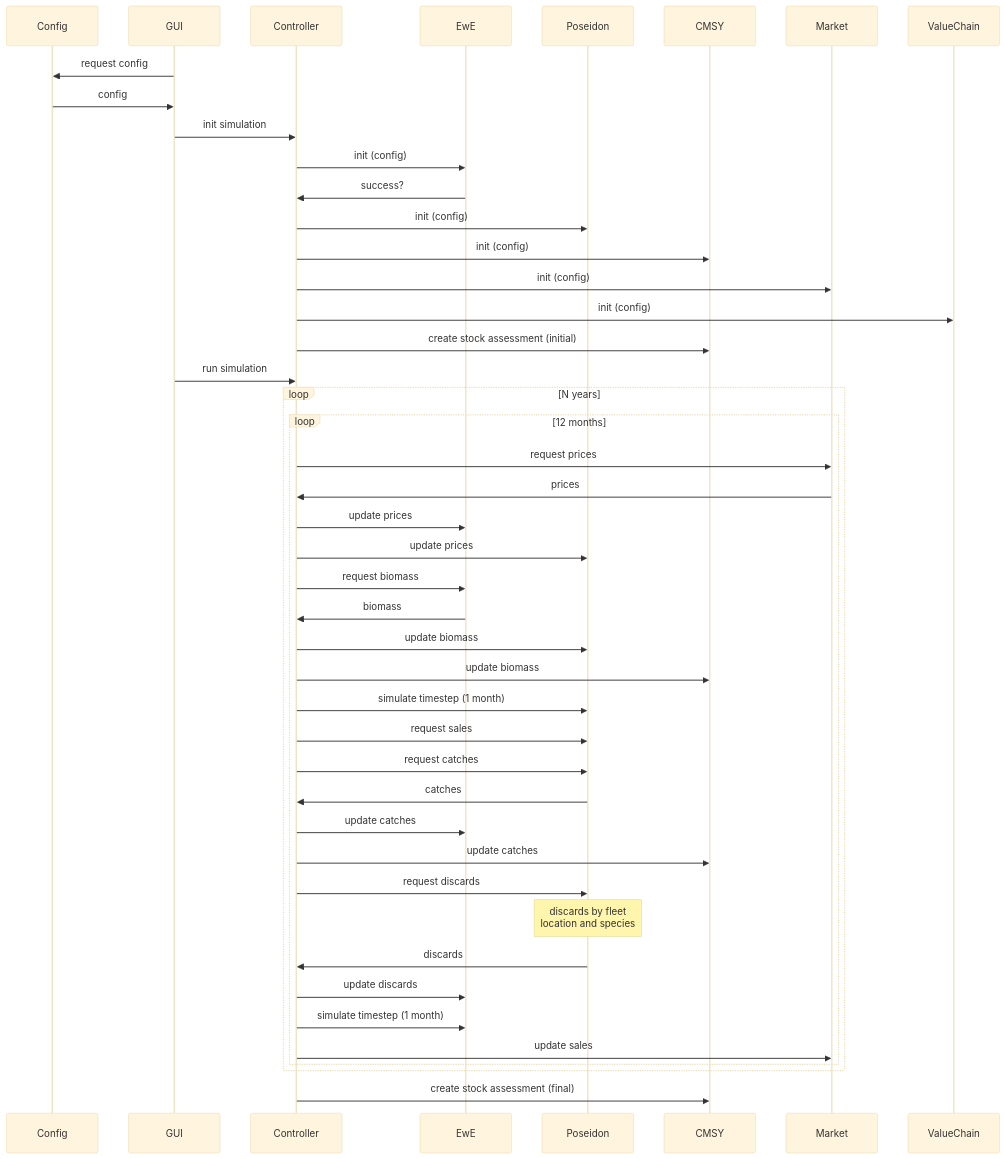
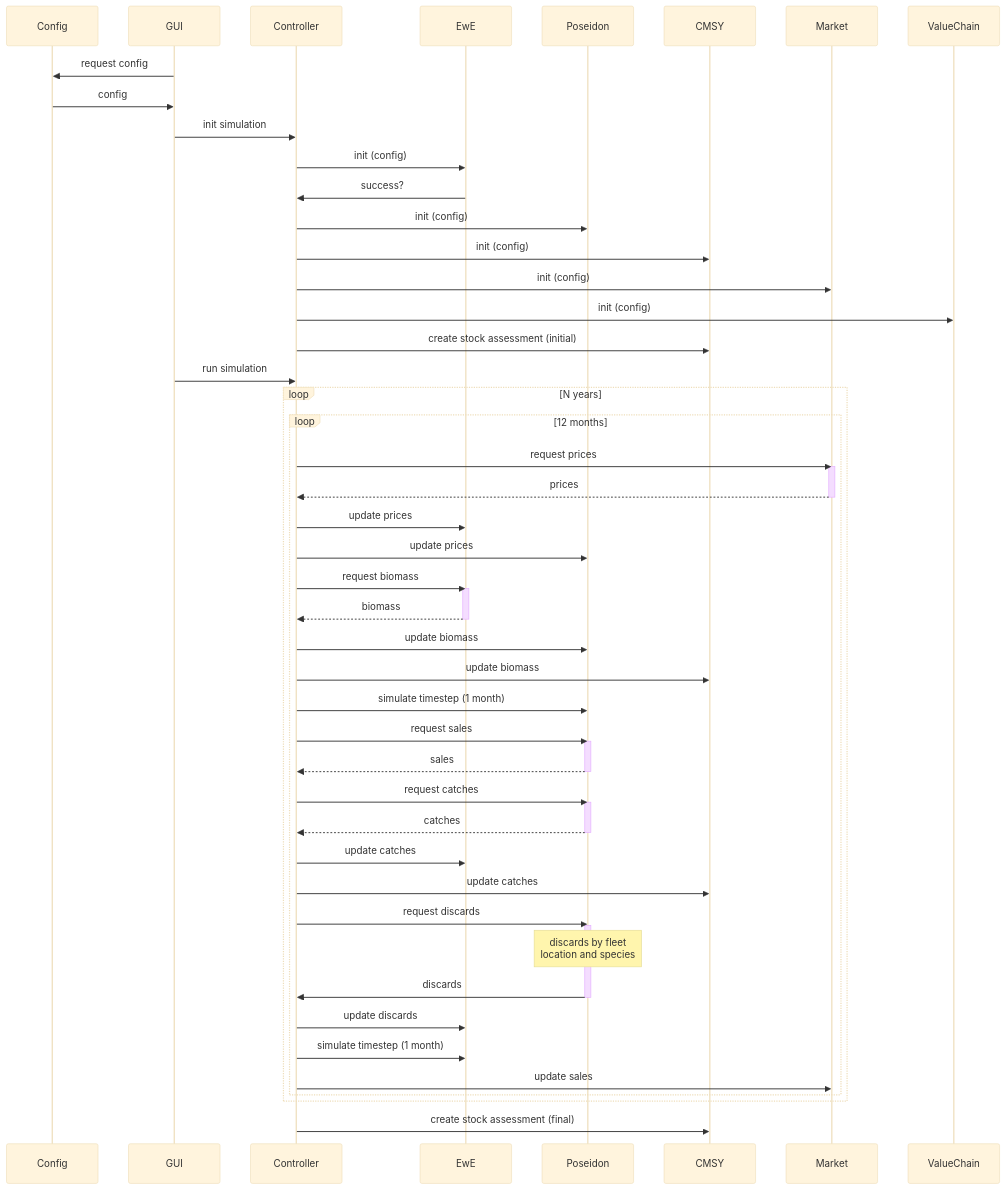
One commit to SURIMI-Project/SURIMI-project changed the diagram in SequenceDiagram.md. Above: the diagram before and after it, drawn with Mermaid (base theme).

````diff
--- a/SequenceDiagram.md
+++ b/SequenceDiagram.md
@@ -3,58 +3,69 @@
 ```mermaid
 
  sequenceDiagram
 
     participant Config
     participant GUI
     participant Controller
     participant EwE
     participant Poseidon
     participant CMSY
     participant Market
     participant ValueChain
 
     %% Initialization %%
     %% this is the init %%
     GUI ->> Config: request config
     Config ->> GUI: config
     GUI ->> Controller: init simulation
 
     Controller ->> EwE: init (config)
     EwE ->> Controller: success?
     Controller ->> Poseidon: init (config)
     Controller ->> CMSY: init (config)
     Controller ->> Market: init (config)
     Controller ->> ValueChain: init (config)
 
     Controller ->> CMSY: create stock assessment (initial)
 
     %% Simulation %%
     %% starting the simulation %%
     GUI ->> Controller: run simulation
 
     loop N years
         loop 12 months
             Controller ->> Market: request prices
-            Market ->> Controller: prices
+            activate Market
+            Market -->> Controller: prices
+            deactivate Market
             Controller ->> EwE: update prices
             Controller ->> Poseidon: update prices
             Controller ->> EwE: request biomass
-            EwE ->> Controller: biomass
+            activate EwE
+            EwE -->> Controller: biomass
+            deactivate EwE
             Controller ->> Poseidon: update biomass
             Controller ->> CMSY: update biomass
             Controller ->> Poseidon: simulate timestep (1 month)
             Controller ->> Poseidon: request sales
+            activate Poseidon
+            Poseidon -->> Controller: sales
+            deactivate Poseidon
             Controller ->> Poseidon: request catches
-            Poseidon ->> Controller: catches
+            activate Poseidon
+            Poseidon -->> Controller: catches
+            deactivate Poseidon
             Controller ->> EwE: update catches
             Controller ->> CMSY: update catches
             Controller ->> Poseidon: request discards
+            activate Poseidon
             Note over Poseidon: discards by fleet<br/> location and species
             Poseidon ->> Controller: discards
+            deactivate Poseidon
             Controller ->> EwE: update discards
             Controller ->> EwE: simulate timestep (1 month)
             Controller ->> Market: update sales
         end
     end
     Controller ->> CMSY: create stock assessment (final) 
 ```
````
